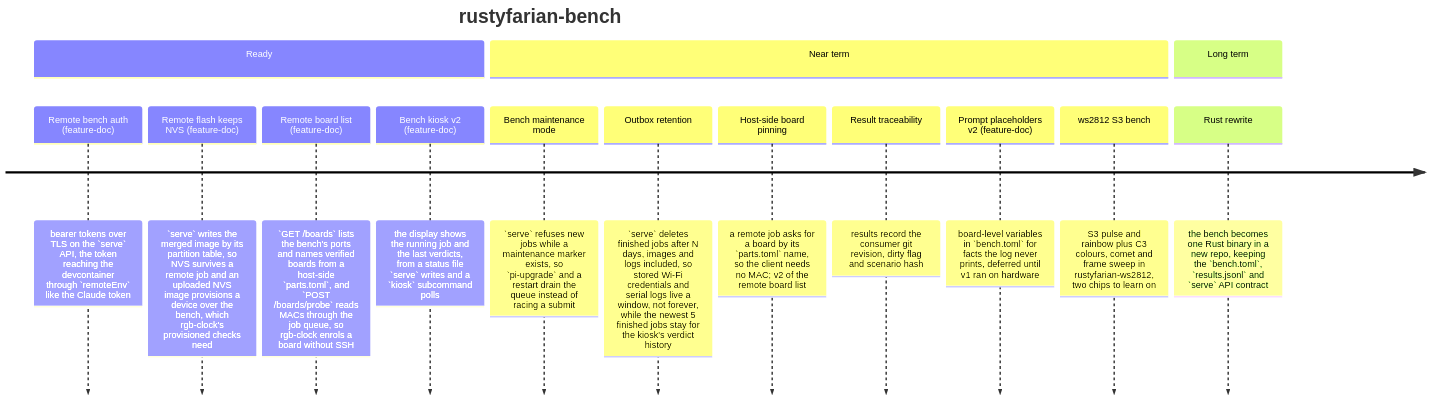
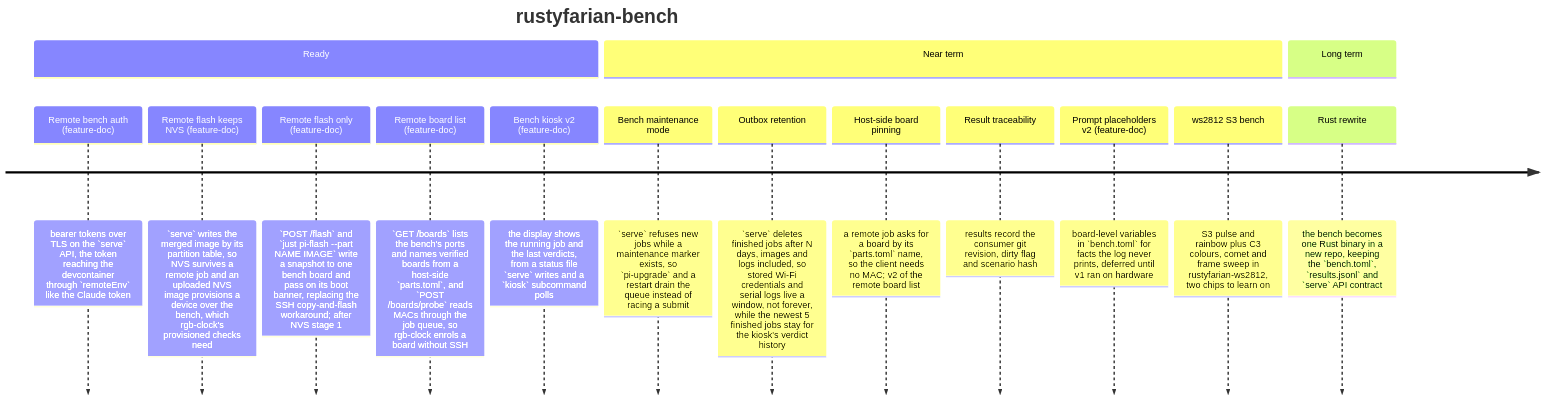
Before and after one commit to datenkollektiv/rustyfarian-bench: the diagram in docs/ROADMAP.md, drawn with Mermaid. The commit also changed 1 other file, not shown here.

Commit message:
Plan remote flash-only v1

````diff
--- a/docs/ROADMAP.md
+++ b/docs/ROADMAP.md
@@ -8,18 +8,19 @@
 ```mermaid
 timeline
     title rustyfarian-bench
     section Ready
         Remote bench auth (feature-doc) : bearer tokens over TLS on the `serve` API, the token reaching the devcontainer through `remoteEnv` like the Claude token
         Remote flash keeps NVS (feature-doc) : `serve` writes the merged image by its partition table, so NVS survives a remote job and an uploaded NVS image provisions a device over the bench, which rgb-clock's provisioned checks need
+        Remote flash only (feature-doc) : `POST /flash` and `just pi-flash --part NAME IMAGE` write a snapshot to one bench board and pass on its boot banner, replacing the SSH copy-and-flash workaround; after NVS stage 1
         Remote board list (feature-doc) : `GET /boards` lists the bench's ports and names verified boards from a host-side `parts.toml`, and `POST /boards/probe` reads MACs through the job queue, so rgb-clock enrols a board without SSH
         Bench kiosk v2 (feature-doc) : the display shows the running job and the last verdicts, from a status file `serve` writes and a `kiosk` subcommand polls
     section Near term
         Bench maintenance mode : `serve` refuses new jobs while a maintenance marker exists, so `pi-upgrade` and a restart drain the queue instead of racing a submit
         Outbox retention : `serve` deletes finished jobs after N days, images and logs included, so stored Wi-Fi credentials and serial logs live a window, not forever, while the newest 5 finished jobs stay for the kiosk's verdict history
         Host-side board pinning : a remote job asks for a board by its `parts.toml` name, so the client needs no MAC; v2 of the remote board list
         Result traceability : results record the consumer git revision, dirty flag and scenario hash
         Prompt placeholders v2 (feature-doc) : board-level variables in `bench.toml` for facts the log never prints, deferred until v1 ran on hardware
         ws2812 S3 bench : S3 pulse and rainbow plus C3 colours, comet and frame sweep in rustyfarian-ws2812, two chips to learn on
     section Long term
         Rust rewrite : the bench becomes one Rust binary in a new repo, keeping the `bench.toml`, `results.jsonl` and `serve` API contract
 ```
````
